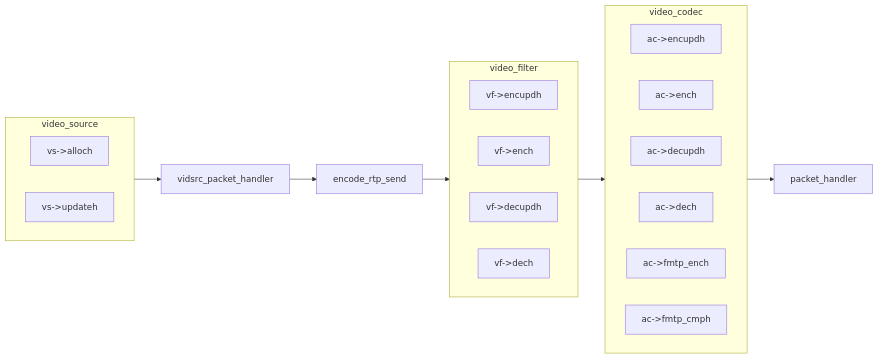
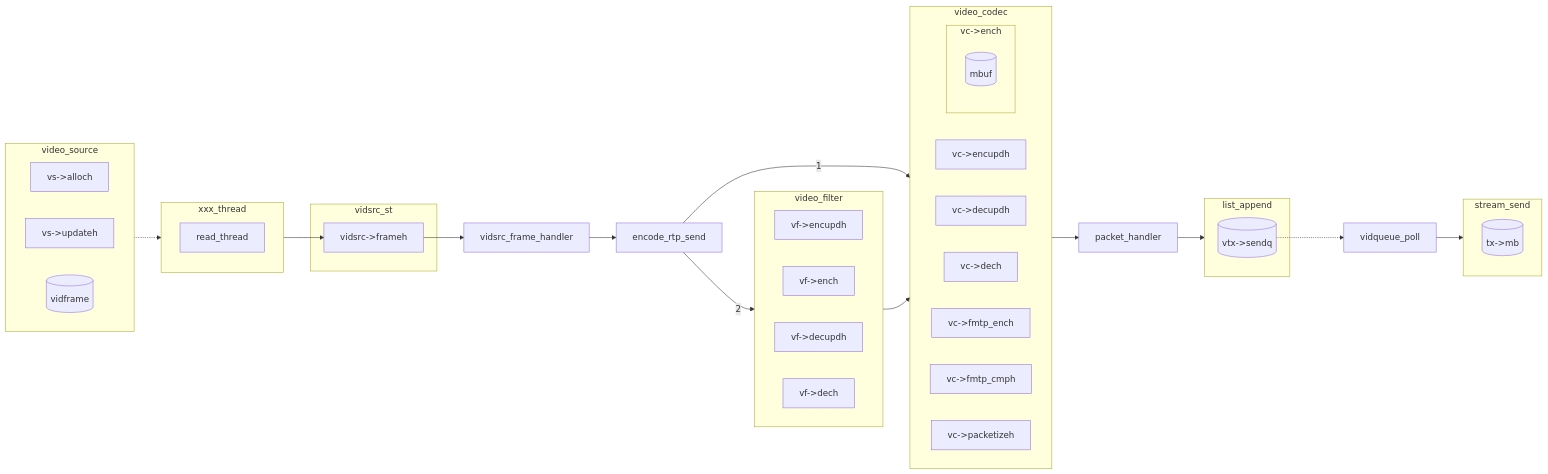
The eighth of 18 diagrams in helper_baresip.md (lankahsu520/HelperX), drawn with Mermaid before and after one commit. The commit also changed other lines of this file, not shown here.

Commit message:
update helper_baresip.md, the flow of encode/decode

````diff
--- a/helper_baresip.md
+++ b/helper_baresip.md
@@ -139,27 +147,46 @@
 ```mermaid
 flowchart LR
 	subgraph video_codec
 		direction LR
-		vc-encupdh[ac->encupdh]
-		vc-ench[ac->ench]
-		vc-decupdh[ac->decupdh]
-		vc-dech[ac->dech]
-		vc-fmtp_ench[ac->fmtp_ench]
-		vc-fmtp_cmph[ac->fmtp_cmph]
+		vc-encupdh[vc->encupdh]
+		subgraph vc-ench[vc->ench]
+			mbuf[(mbuf)]
+		end
+		vc-decupdh[vc->decupdh]
+		vc-dech[vc->dech]
+		vc-fmtp_ench[vc->fmtp_ench]
+		vc-fmtp_cmph[vc->fmtp_cmph]
+		vc-packetizeh[vc->packetizeh]
 	end
 	subgraph video_filter
 		direction LR
 		vf-encupdh[vf->encupdh]
 		vf-ench[vf->ench]
 		vf-decupdh[vf->decupdh]
 		vf-dech[vf->dech]
 	end
 	subgraph video_source
 		direction LR
 		vs-alloch[vs->alloch]
 		vs-updateh[vs->updateh]
+		vidframe[(vidframe)]
 	end
-
-	video_source --> vidsrc_packet_handler --> encode_rtp_send --> video_filter --> video_codec
-	vc-encupdh --> packet_handler
+	subgraph vidsrc_st
+		vidsrc-frameh[vidsrc->frameh]
+	end
+	subgraph xxx_thread
+		read_thread
+	end
+	subgraph list_append
+		vtx-sendq[(vtx->sendq)]
+	end
+	subgraph stream_send
+		tx-mb[(tx->mb)]
+	end
+	vs-alloch .-> xxx_thread --> vidsrc-frameh --> vidsrc_frame_handler
+    vidsrc_frame_handler --> encode_rtp_send
+		encode_rtp_send --> |1|vc-packetizeh
+		encode_rtp_send --> |2|vf-ench --> vc-ench --> packet_handler --> list_append
+	
+	vtx-sendq ..-> vidqueue_poll --> stream_send
 ```
````
